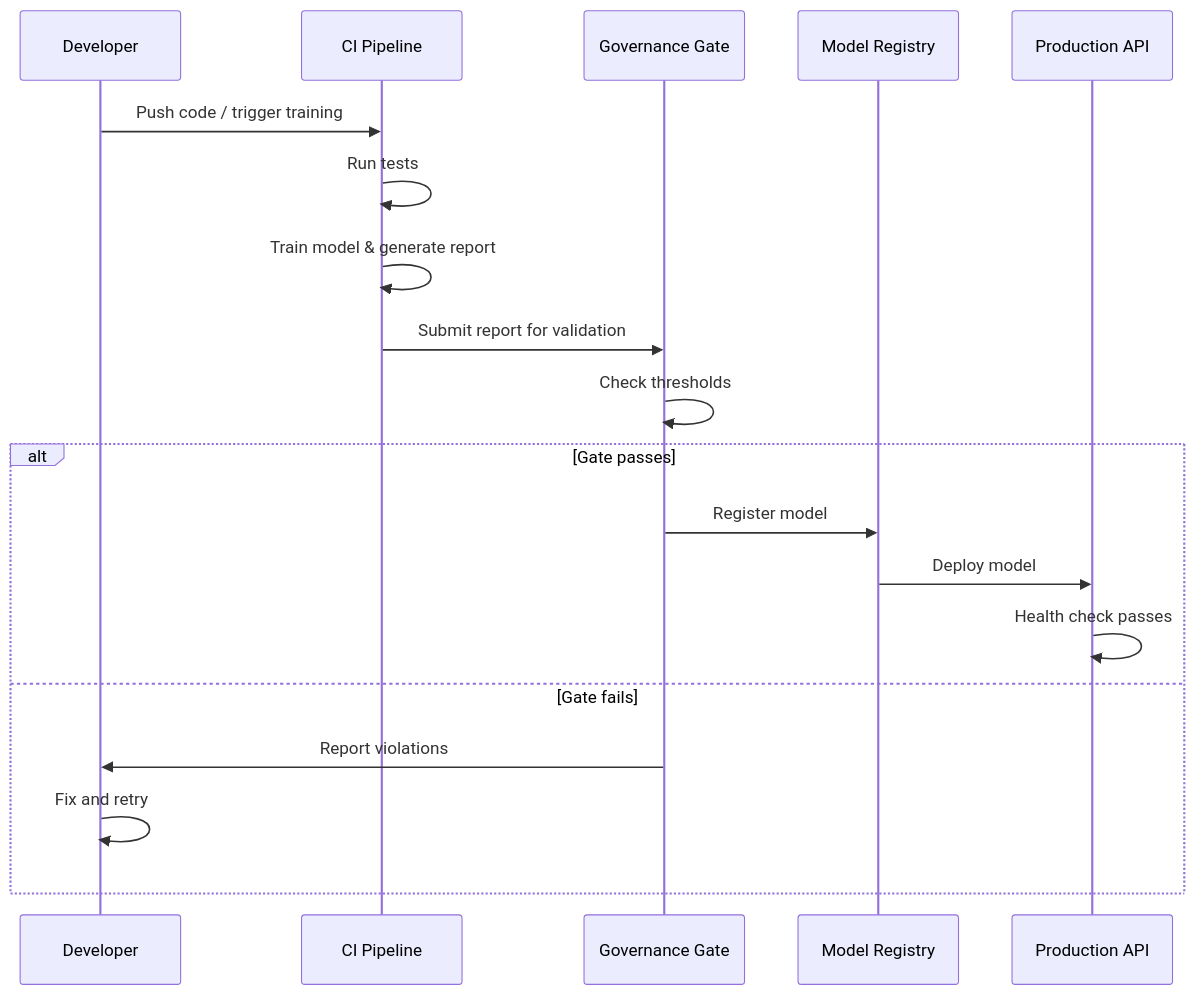
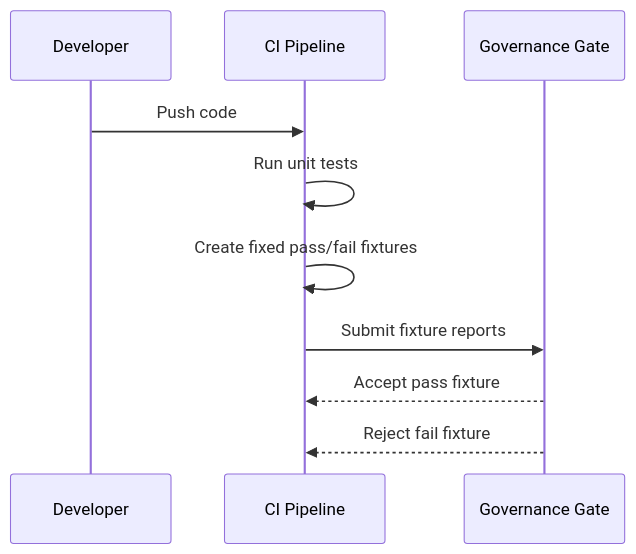
One commit to VillaforTech/Fairness-Aware-Candidate-Pre-Screening changed the second of 2 diagrams in docs/governance.md. Above: the diagram before and after it, drawn with Mermaid. The commit also changed other lines of this file and 19 other files, not shown here.

````diff
--- a/docs/governance.md
+++ b/docs/governance.md
@@ -167,22 +168,13 @@
 ```mermaid
 sequenceDiagram
     participant Dev as Developer
     participant CI as CI Pipeline
     participant Gate as Governance Gate
-    participant Reg as Model Registry
-    participant Prod as Production API
 
-    Dev->>CI: Push code / trigger training
-    CI->>CI: Run tests
-    CI->>CI: Train model & generate report
-    CI->>Gate: Submit report for validation
-    Gate->>Gate: Check thresholds
-    alt Gate passes
-        Gate->>Reg: Register model
-        Reg->>Prod: Deploy model
-        Prod->>Prod: Health check passes
-    else Gate fails
-        Gate->>Dev: Report violations
-        Dev->>Dev: Fix and retry
-    end
+    Dev->>CI: Push code
+    CI->>CI: Run unit tests
+    CI->>CI: Create fixed pass/fail fixtures
+    CI->>Gate: Submit fixture reports
+    Gate-->>CI: Accept pass fixture
+    Gate-->>CI: Reject fail fixture
 ```
````
